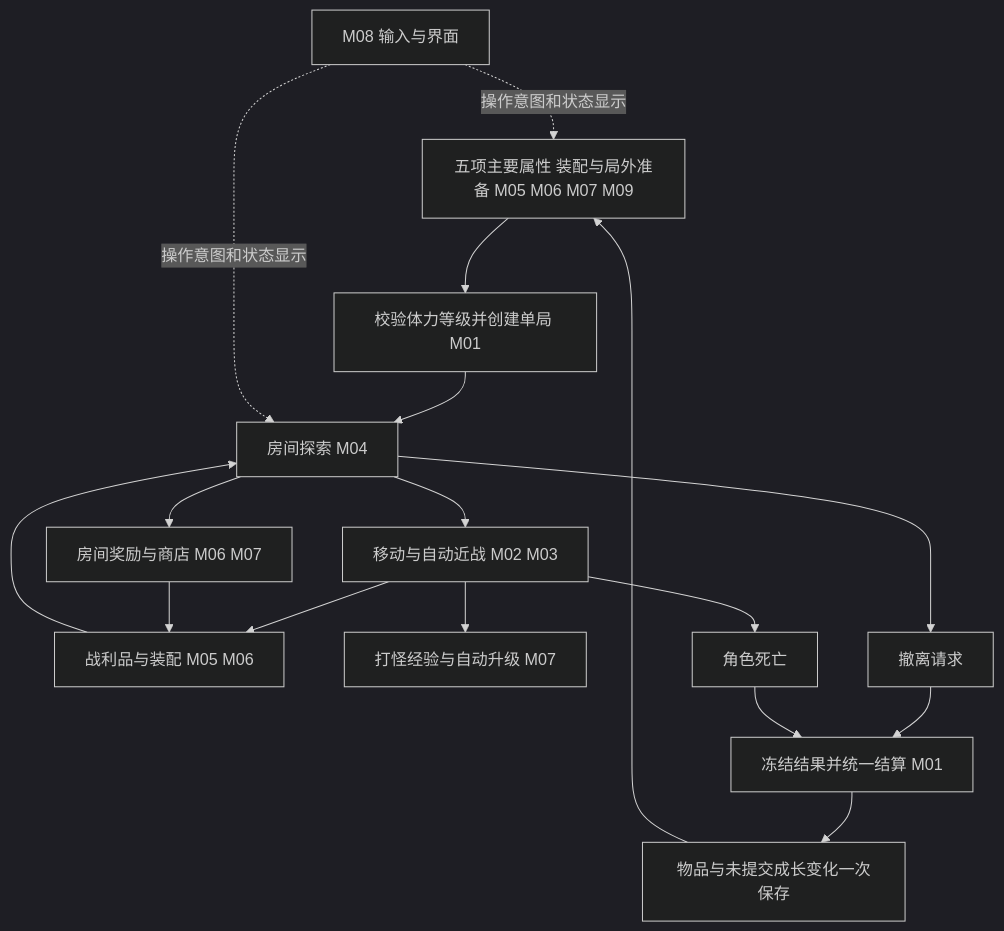
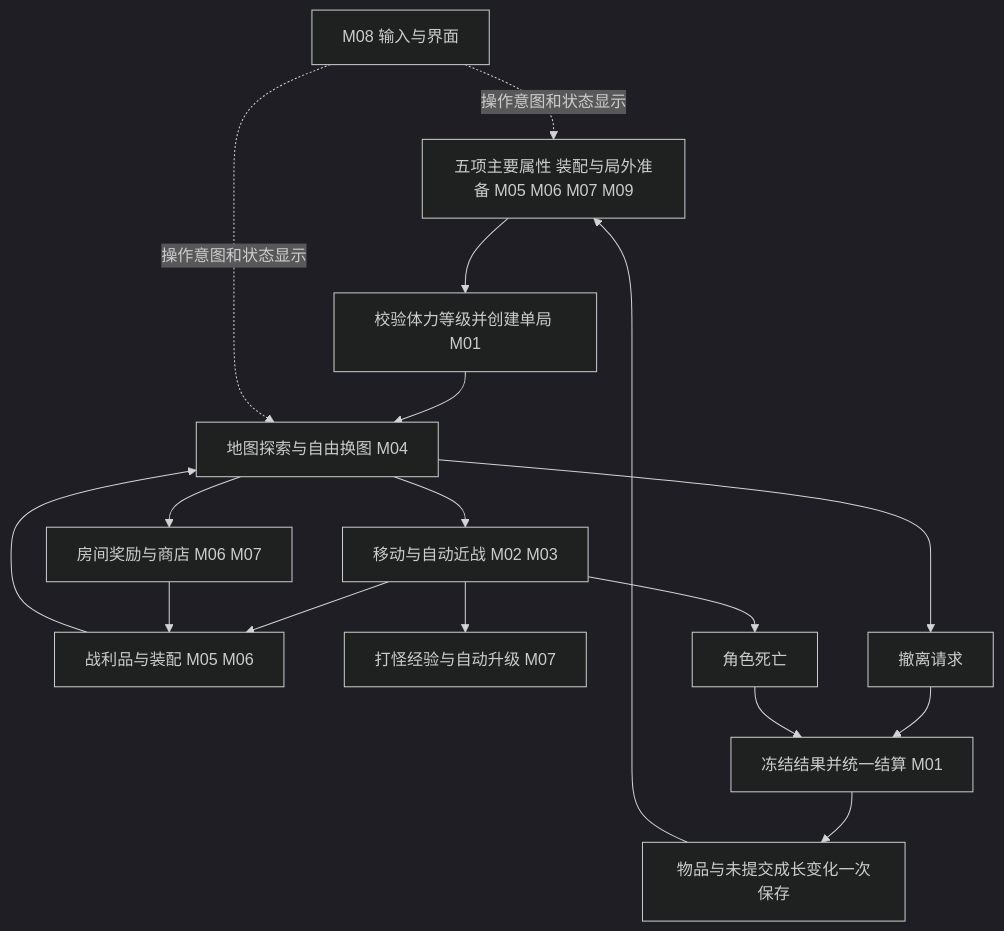
One commit to xujianan13/ProjectExtraction changed the diagram in docs/project/玩法模块与迭代计划.md. Above: the diagram before and after it, drawn with Mermaid (dark theme). The commit also changed other lines of this file and 8 other files, not shown here.

Commit message:
docs: 设计随机连通地图与自由换图方案

````diff
--- a/docs/project/玩法模块与迭代计划.md
+++ b/docs/project/玩法模块与迭代计划.md
@@ -70,19 +73,19 @@
 ```mermaid
 flowchart TD
     A[五项主要属性 装配与局外准备 M05 M06 M07 M09] --> B[校验体力等级并创建单局 M01]
-    B --> C[房间探索 M04]
+    B --> C[地图探索与自由换图 M04]
     C --> D[移动与自动近战 M02 M03]
     C --> E[房间奖励与商店 M06 M07]
     D --> F[战利品与装配 M05 M06]
     D --> L[打怪经验与自动升级 M07]
     E --> F
     F --> C
     C --> G[撤离请求]
     D --> H[角色死亡]
     G --> I[冻结结果并统一结算 M01]
     H --> I
     I --> J[物品与未提交成长变化一次保存]
     J --> A
     K[M08 输入与界面] -.操作意图和状态显示.-> C
     K -.操作意图和状态显示.-> A
 ```
````
